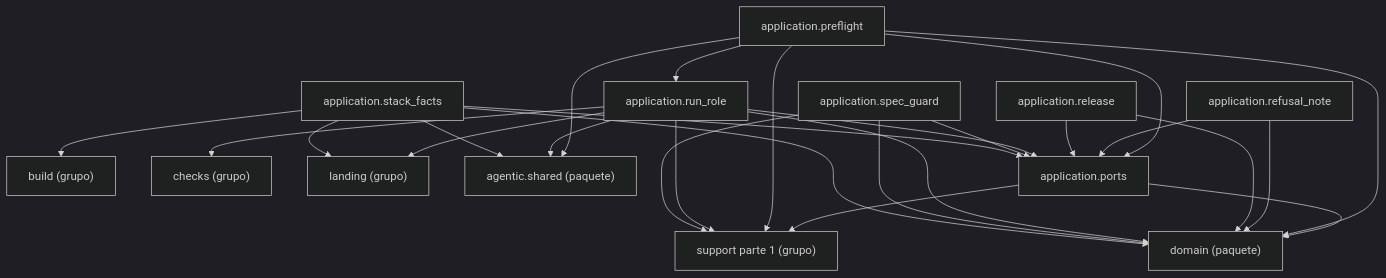
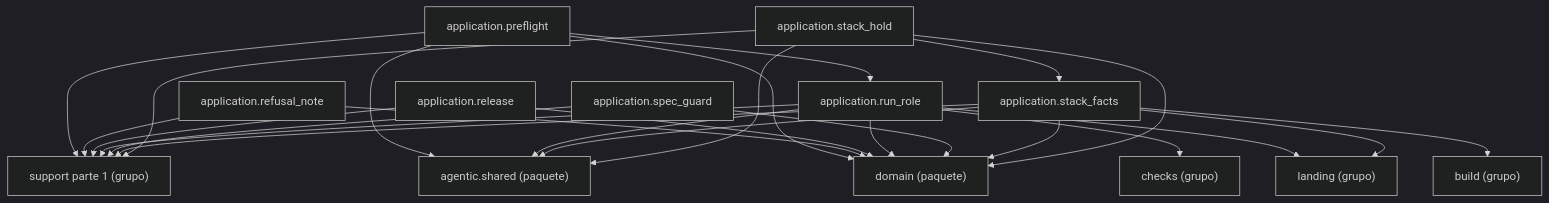
One commit to GonzaloZevallos/agentic-system changed the diagram in docs/architecture/generated/packages-process-application-support-2.md. Above: the diagram before and after it, drawn with Mermaid (dark theme). The commit also changed 24 other files, not shown here.

First line of the commit message:
Hold a stacked child in the poller: stack_hold module, ADR-0103 and glossary

````diff
--- a/docs/architecture/generated/packages-process-application-support-2.md
+++ b/docs/architecture/generated/packages-process-application-support-2.md
@@ -17,41 +17,40 @@
 ```mermaid
 graph TD
     g_application__build["build (grupo)"]
     g_application__checks["checks (grupo)"]
     g_application__landing["landing (grupo)"]
     g_application__support__1["support parte 1 (grupo)"]
     g_pkg__agentic__shared["agentic.shared (paquete)"]
     g_pkg__domain["domain (paquete)"]
-    m_application__ports["application.ports"]
     m_application__preflight["application.preflight"]
     m_application__refusal_note["application.refusal_note"]
     m_application__release["application.release"]
     m_application__run_role["application.run_role"]
     m_application__spec_guard["application.spec_guard"]
     m_application__stack_facts["application.stack_facts"]
-    m_application__ports --> g_application__support__1
-    m_application__ports --> g_pkg__domain
+    m_application__stack_hold["application.stack_hold"]
     m_application__preflight --> g_application__support__1
     m_application__preflight --> g_pkg__agentic__shared
     m_application__preflight --> g_pkg__domain
-    m_application__preflight --> m_application__ports
     m_application__preflight --> m_application__run_role
+    m_application__refusal_note --> g_application__support__1
     m_application__refusal_note --> g_pkg__domain
-    m_application__refusal_note --> m_application__ports
+    m_application__release --> g_application__support__1
     m_application__release --> g_pkg__domain
-    m_application__release --> m_application__ports
     m_application__run_role --> g_application__checks
     m_application__run_role --> g_application__landing
     m_application__run_role --> g_application__support__1
     m_application__run_role --> g_pkg__agentic__shared
     m_application__run_role --> g_pkg__domain
-    m_application__run_role --> m_application__ports
     m_application__spec_guard --> g_application__support__1
     m_application__spec_guard --> g_pkg__domain
-    m_application__spec_guard --> m_application__ports
     m_application__stack_facts --> g_application__build
     m_application__stack_facts --> g_application__landing
+    m_application__stack_facts --> g_application__support__1
     m_application__stack_facts --> g_pkg__agentic__shared
     m_application__stack_facts --> g_pkg__domain
-    m_application__stack_facts --> m_application__ports
+    m_application__stack_hold --> g_application__support__1
+    m_application__stack_hold --> g_pkg__agentic__shared
+    m_application__stack_hold --> g_pkg__domain
+    m_application__stack_hold --> m_application__stack_facts
 ```
````
